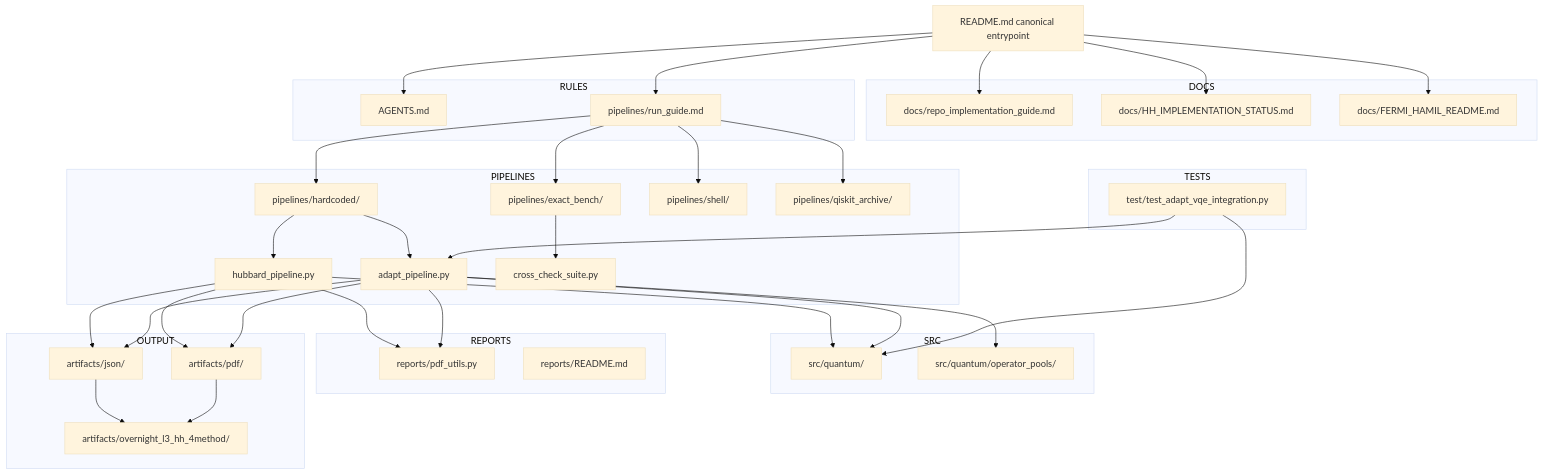
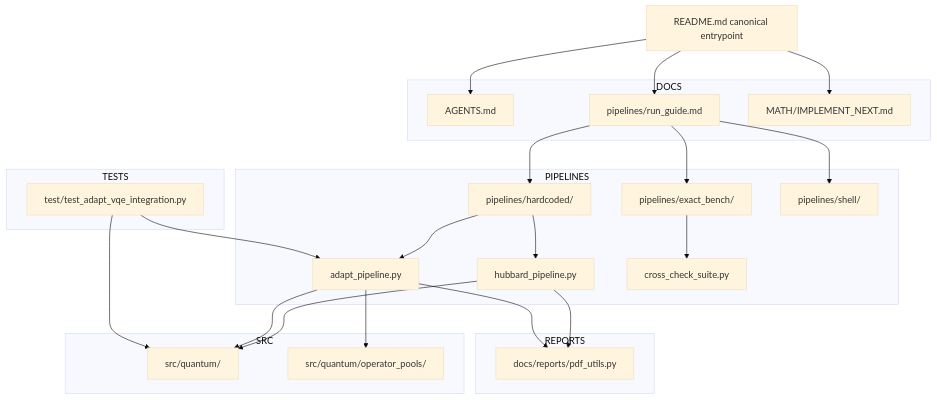
Before and after one commit to jacopos86/qdynamics: the first of 2 diagrams in README.md, drawn with Mermaid (base theme). The commit also changed other lines of this file and 422 other files, not shown here.

````diff
--- a/README.md
+++ b/README.md
@@ -38,76 +43,53 @@
 ```mermaid
 graph TB
   R["README.md canonical entrypoint"]
 
   subgraph DOCS
-    D1["docs/repo_implementation_guide.md"]
-    D2["docs/HH_IMPLEMENTATION_STATUS.md"]
-    D3["docs/FERMI_HAMIL_README.md"]
-  end
-
-  subgraph RULES
-    G0["AGENTS.md"]
-    G1["pipelines/run_guide.md"]
+    D1["AGENTS.md"]
+    D2["pipelines/run_guide.md"]
+    D3["MATH/IMPLEMENT_NEXT.md"]
   end
 
   subgraph SRC
     S0["src/quantum/"]
     S1["src/quantum/operator_pools/"]
   end
 
   subgraph PIPELINES
     P0["pipelines/hardcoded/"]
     P1["hubbard_pipeline.py"]
     P2["adapt_pipeline.py"]
     P3["pipelines/exact_bench/"]
     P4["cross_check_suite.py"]
     P5["pipelines/shell/"]
-    P6["pipelines/qiskit_archive/"]
   end
 
   subgraph REPORTS
-    RP0["reports/pdf_utils.py"]
-    RP1["reports/README.md"]
-  end
-
-  subgraph OUTPUT
-    O1["artifacts/json/"]
-    O2["artifacts/pdf/"]
-    O3["artifacts/overnight_l3_hh_4method/"]
+    RP0["docs/reports/pdf_utils.py"]
   end
 
   subgraph TESTS
     T0["test/test_adapt_vqe_integration.py"]
   end
 
-  R --> G0
-  R --> G1
   R --> D1
   R --> D2
   R --> D3
 
-  G1 --> P0
-  G1 --> P3
-  G1 --> P5
-  G1 --> P6
+  D2 --> P0
+  D2 --> P3
+  D2 --> P5
 
   P0 --> P1
   P0 --> P2
   P3 --> P4
 
   P1 --> S0
   P2 --> S0
   P2 --> S1
   P1 --> RP0
   P2 --> RP0
 
-  P1 --> O1
-  P1 --> O2
-  P2 --> O1
-  P2 --> O2
-  O1 --> O3
-  O2 --> O3
-
   T0 --> P2
   T0 --> S0
 ```
````
